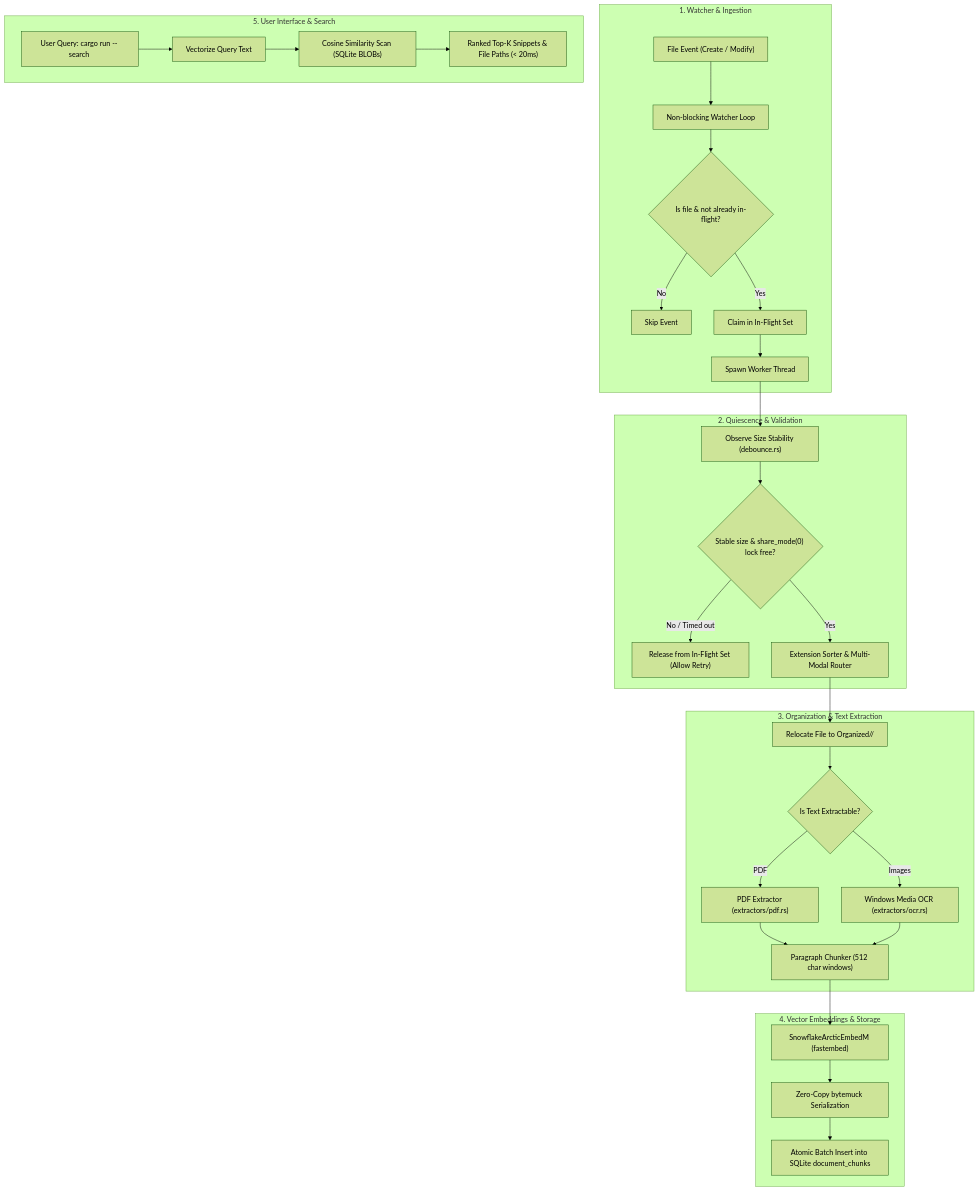
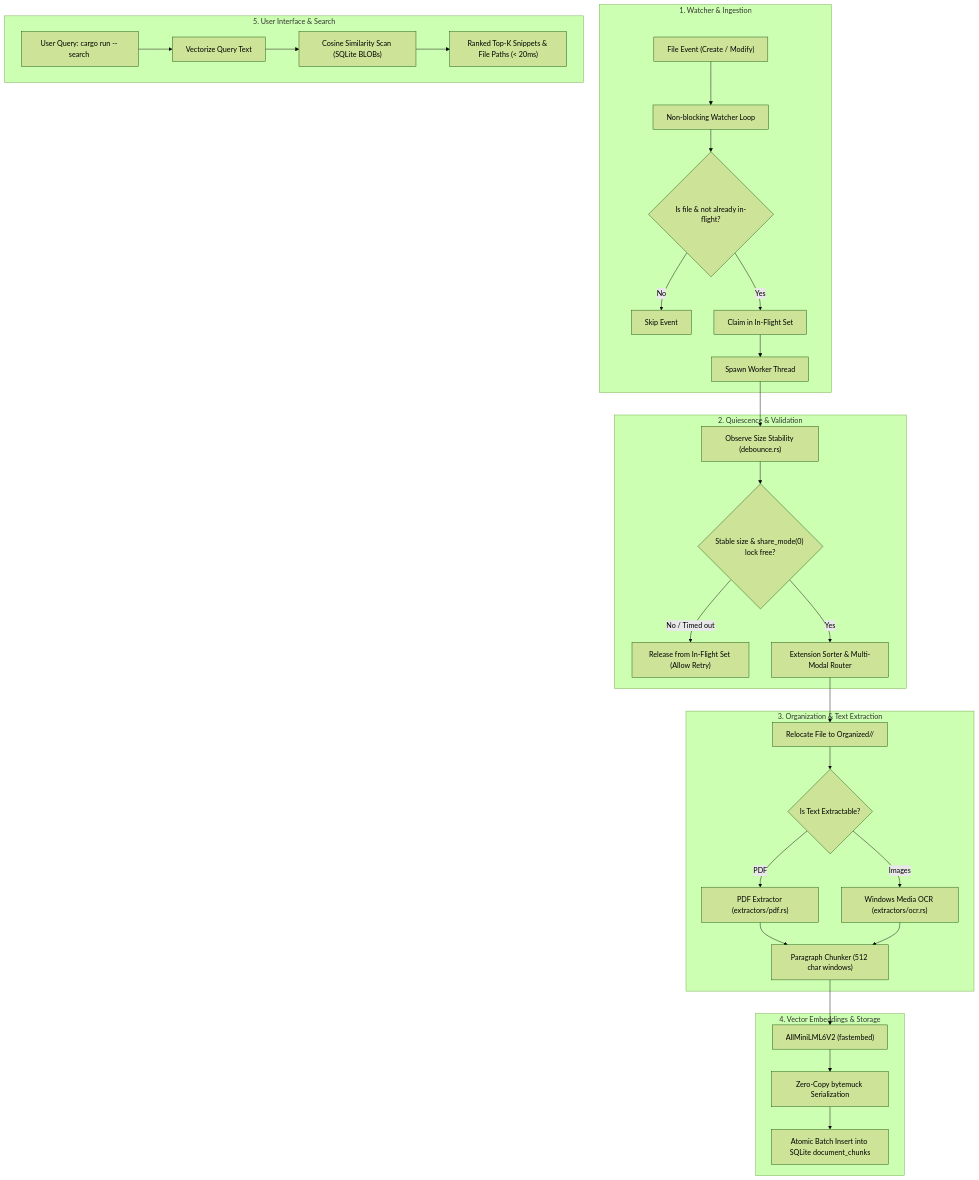
One commit to abuhurayraniloy/Nori changed the diagram in README.md. Above: the diagram before and after it, drawn with Mermaid (forest theme). The commit also changed other lines of this file and 4 other files, not shown here.

````diff
--- a/README.md
+++ b/README.md
@@ -43,37 +43,37 @@
 ```mermaid
 flowchart TD
     subgraph S1 ["1. Watcher & Ingestion"]
         A["File Event (Create / Modify)"] --> B["Non-blocking Watcher Loop"]
         B --> C{"Is file & not already in-flight?"}
         C -- No --> D["Skip Event"]
         C -- Yes --> E["Claim in In-Flight Set"]
         E --> F["Spawn Worker Thread"]
     end
 
     subgraph S2 ["2. Quiescence & Validation"]
         F --> G["Observe Size Stability (debounce.rs)"]
         G --> H{"Stable size & share_mode(0) lock free?"}
         H -- No / Timed out --> I["Release from In-Flight Set (Allow Retry)"]
         H -- Yes --> J["Extension Sorter & Multi-Modal Router"]
     end
 
     subgraph S3 ["3. Organization & Text Extraction"]
         J --> K["Relocate File to Organized/<Category>/"]
         K --> L{"Is Text Extractable?"}
         L -- PDF --> M1["PDF Extractor (extractors/pdf.rs)"]
         L -- Images --> M2["Windows Media OCR (extractors/ocr.rs)"]
         M1 & M2 --> N["Paragraph Chunker (512 char windows)"]
     end
 
     subgraph S4 ["4. Vector Embeddings & Storage"]
-        N --> O["SnowflakeArcticEmbedM (fastembed)"]
+        N --> O["AllMiniLML6V2 (fastembed)"]
         O --> P["Zero-Copy bytemuck Serialization"]
         P --> Q["Atomic Batch Insert into SQLite document_chunks"]
     end
 
     subgraph S5 ["5. User Interface & Search"]
         R["User Query: cargo run -- search <query>"] --> S["Vectorize Query Text"]
         S --> T["Cosine Similarity Scan (SQLite BLOBs)"]
         T --> U["Ranked Top-K Snippets & File Paths (< 20ms)"]
     end
 ```
````
